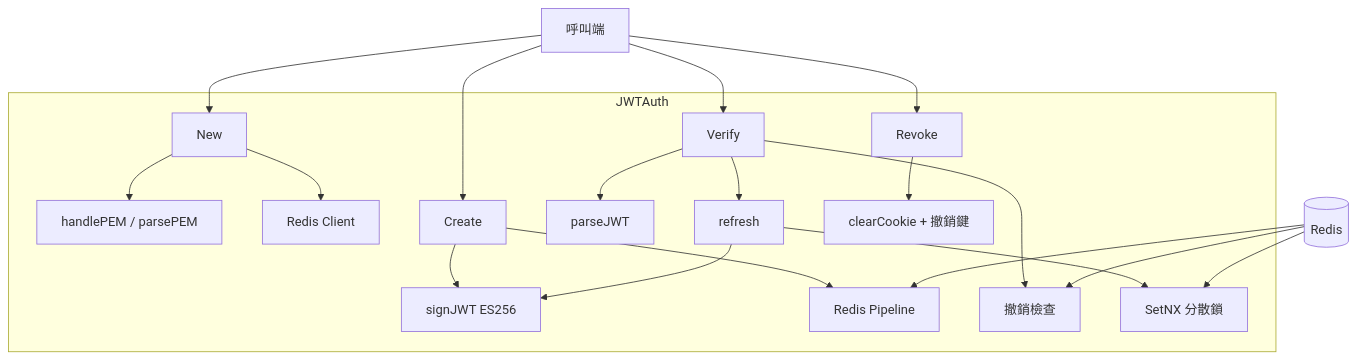
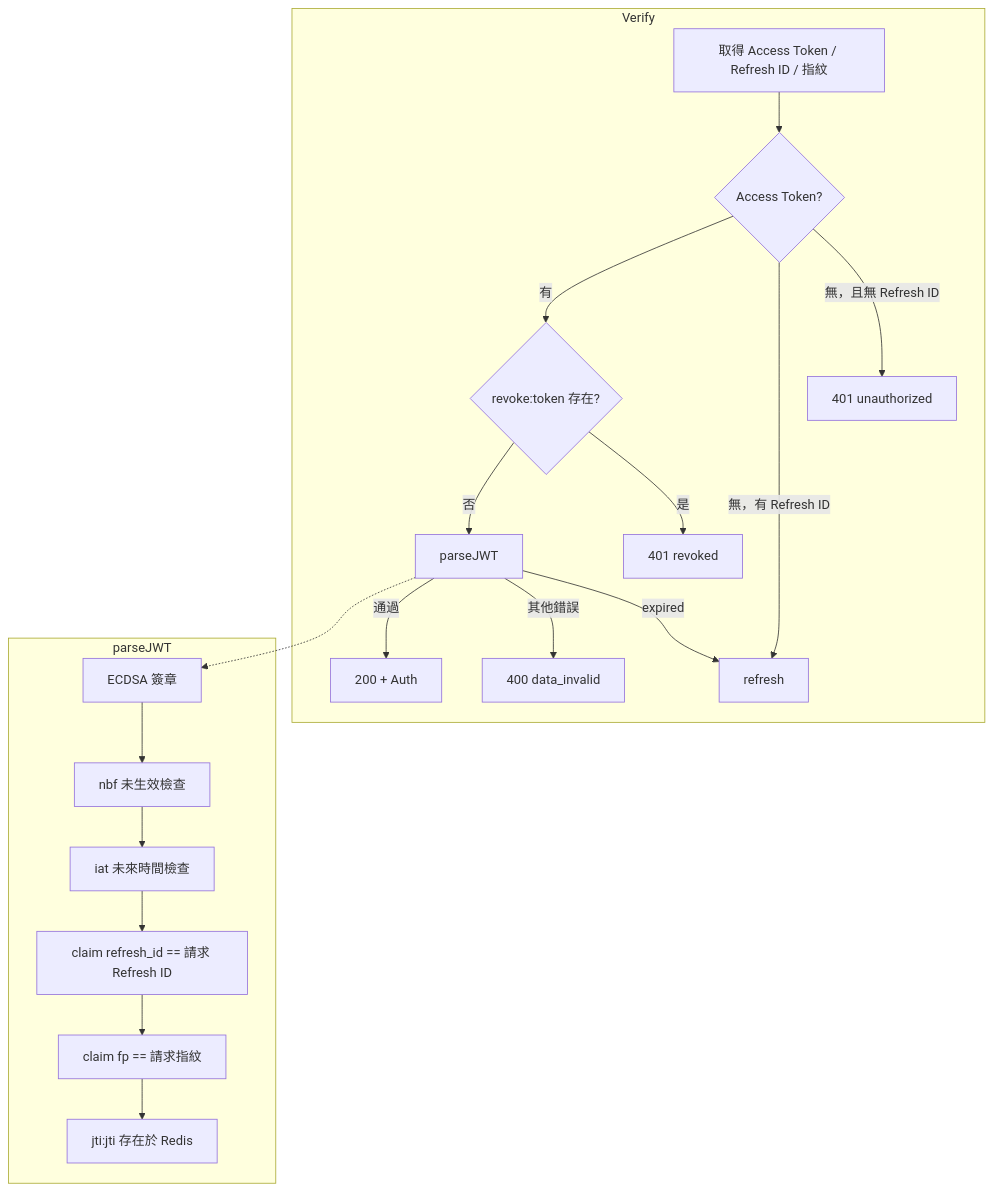
Before and after one commit to pardnchiu/go-jwt: the fourth of 13 diagrams in doc/architecture.zh.md, drawn with Mermaid. The commit also changed other lines of this file and 6 other files, not shown here.

Commit message:
doc: Regenerate bilingual README, technical docs, and architecture diagrams

````diff
--- a/doc/architecture.zh.md
+++ b/doc/architecture.zh.md
@@ -22,22 +98,24 @@
 ```mermaid
 graph TB
-    subgraph JWTAuth
-        New[New] --> PEM[handlePEM / parsePEM]
-        New --> Redis[Redis Client]
-        Create[Create] --> Sign[signJWT ES256]
-        Create --> Store[Redis Pipeline]
-        Verify[Verify] --> Parse[parseJWT]
-        Verify --> RevokeCheck[撤銷檢查]
-        Verify --> Refresh[refresh]
-        Refresh --> Lock[SetNX 分散鎖]
-        Refresh --> Sign
-        Revoke[Revoke] --> Clear[clearCookie + 撤銷鍵]
+    subgraph Verify
+        GET[取得 Access Token / Refresh ID / 指紋] --> A{Access Token?}
+        A -->|無，且無 Refresh ID| U401[401 unauthorized]
+        A -->|無，有 Refresh ID| RF[refresh]
+        A -->|有| RV{revoke:token 存在?}
+        RV -->|是| R401[401 revoked]
+        RV -->|否| PJ[parseJWT]
+        PJ -->|expired| RF
+        PJ -->|其他錯誤| I400[400 data_invalid]
+        PJ -->|通過| OK[200 + Auth]
     end
-    Client[呼叫端] --> New
-    Client --> Create
-    Client --> Verify
-    Client --> Revoke
-    RedisDB[(Redis)] --> Store
-    RedisDB --> RevokeCheck
-    RedisDB --> Lock
+
+    subgraph parseJWT
+        S[ECDSA 簽章] --> NBF[nbf 未生效檢查]
+        NBF --> IAT[iat 未來時間檢查]
+        IAT --> RIDM[claim refresh_id == 請求 Refresh ID]
+        RIDM --> FPM[claim fp == 請求指紋]
+        FPM --> JT[jti:jti 存在於 Redis]
+    end
+
+    PJ -.-> S
 ```
````
